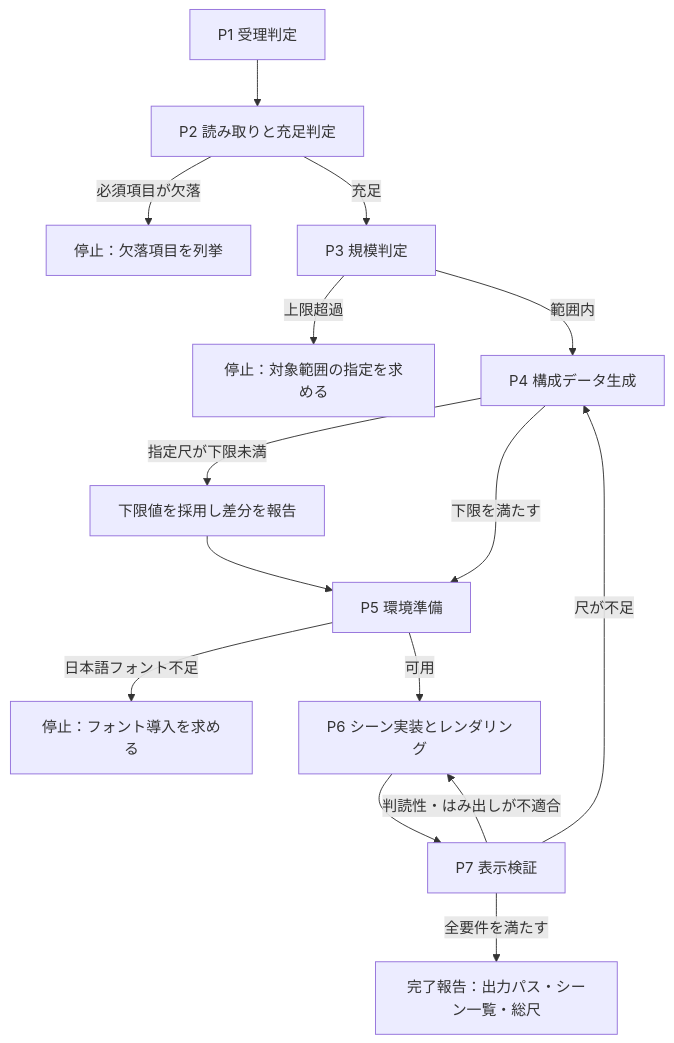
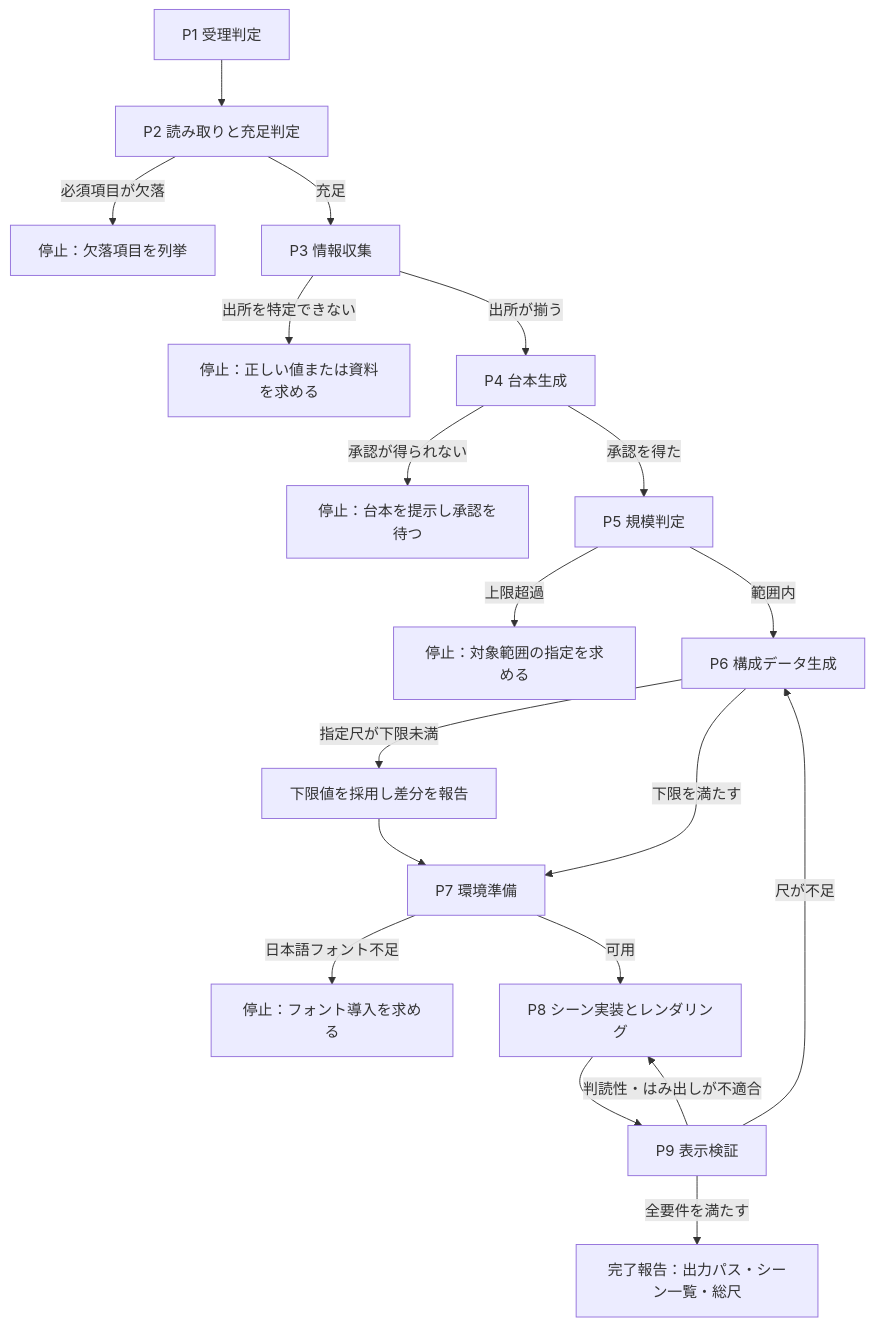
Before and after one commit to rictaworks/spec-to-mp4-video-skill: the second of 3 diagrams in requirements.md, drawn with Mermaid. The commit also changed other lines of this file and 15 other files, not shown here.

````diff
--- a/requirements.md
+++ b/requirements.md
@@ -294,17 +303,21 @@
 ```mermaid
 flowchart TD
     P1[P1 受理判定] --> P2[P2 読み取りと充足判定]
     P2 -->|必須項目が欠落| S1[停止：欠落項目を列挙]
-    P2 -->|充足| P3[P3 規模判定]
-    P3 -->|上限超過| S2[停止：対象範囲の指定を求める]
-    P3 -->|範囲内| P4[P4 構成データ生成]
-    P4 -->|指定尺が下限未満| P4B[下限値を採用し差分を報告]
-    P4B --> P5[P5 環境準備]
-    P4 -->|下限を満たす| P5
-    P5 -->|日本語フォント不足| S3[停止：フォント導入を求める]
-    P5 -->|可用| P6[P6 シーン実装とレンダリング]
-    P6 --> P7[P7 表示検証]
-    P7 -->|判読性・はみ出しが不適合| P6
-    P7 -->|尺が不足| P4
-    P7 -->|全要件を満たす| R[完了報告：出力パス・シーン一覧・総尺]
+    P2 -->|充足| P3[P3 情報収集]
+    P3 -->|出所を特定できない| S4[停止：正しい値または資料を求める]
+    P3 -->|出所が揃う| P4[P4 台本生成]
+    P4 -->|承認が得られない| S5[停止：台本を提示し承認を待つ]
+    P4 -->|承認を得た| P5[P5 規模判定]
+    P5 -->|上限超過| S2[停止：対象範囲の指定を求める]
+    P5 -->|範囲内| P6[P6 構成データ生成]
+    P6 -->|指定尺が下限未満| P6B[下限値を採用し差分を報告]
+    P6B --> P7[P7 環境準備]
+    P6 -->|下限を満たす| P7
+    P7 -->|日本語フォント不足| S3[停止：フォント導入を求める]
+    P7 -->|可用| P8[P8 シーン実装とレンダリング]
+    P8 --> P9[P9 表示検証]
+    P9 -->|判読性・はみ出しが不適合| P8
+    P9 -->|尺が不足| P6
+    P9 -->|全要件を満たす| R[完了報告：出力パス・シーン一覧・総尺]
 ```
````
